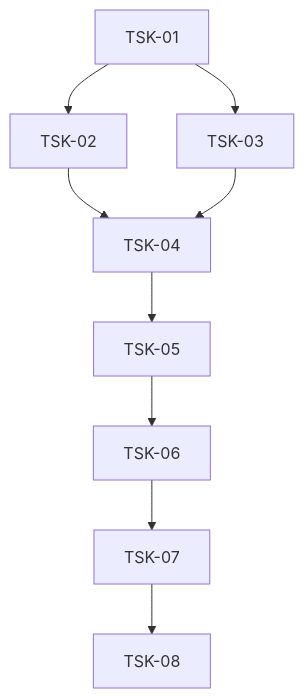
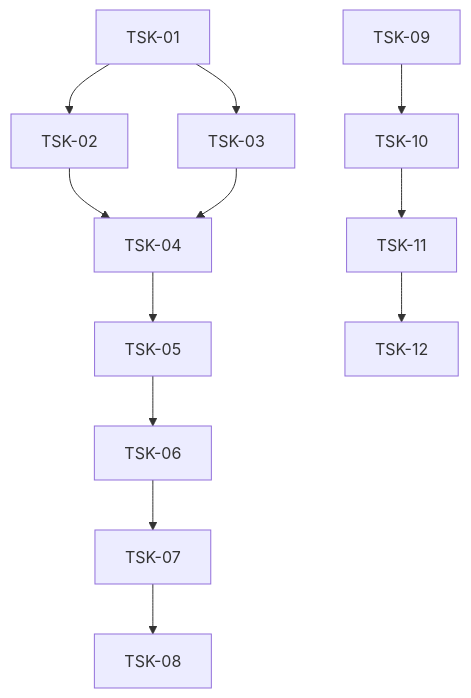
One commit to RubaXa/real-life-grind changed the diagram in tasks/README.md. Above: the diagram before and after it, drawn with Mermaid. The commit also changed other lines of this file and 8 other files, not shown here.

````diff
--- a/tasks/README.md
+++ b/tasks/README.md
@@ -73,11 +73,14 @@
 ```mermaid
 graph TD
     TSK-01 --> TSK-02
     TSK-01 --> TSK-03
     TSK-02 --> TSK-04
     TSK-03 --> TSK-04
     TSK-04 --> TSK-05
     TSK-05 --> TSK-06
     TSK-06 --> TSK-07
     TSK-07 --> TSK-08
+    TSK-09 --> TSK-10
+    TSK-10 --> TSK-11
+    TSK-11 --> TSK-12
 ```
````
